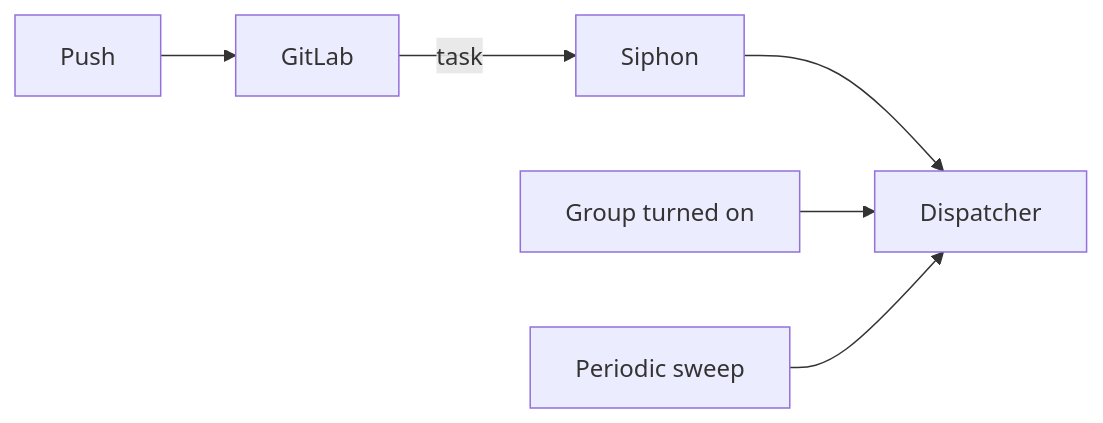
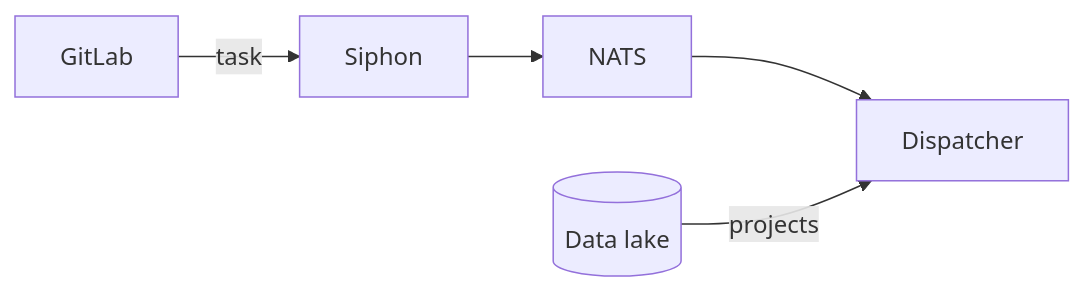
The second of 7 diagrams in docs/pages/engineering/architecture/code-indexing.md (gitlabhq/orbit-knowledge-graph), drawn with Mermaid before and after one commit. The commit also changed other lines of this file and 1 other file, not shown here.

First line of the commit message:
docs(architecture): explain checkpoints and the NATS path for code tasks

````diff
--- a/docs/pages/engineering/architecture/code-indexing.md
+++ b/docs/pages/engineering/architecture/code-indexing.md
@@ -35,6 +35,5 @@
 ```mermaid
 flowchart LR
-    Push --> GitLab -- task --> Siphon --> D[Dispatcher]
-    Enabled[Group turned on] --> D
-    Sweep[Periodic sweep] --> D
+    GitLab -- task --> Siphon --> NATS --> D[Dispatcher]
+    Lake[(Data lake)] -- projects --> D
 ```
````
